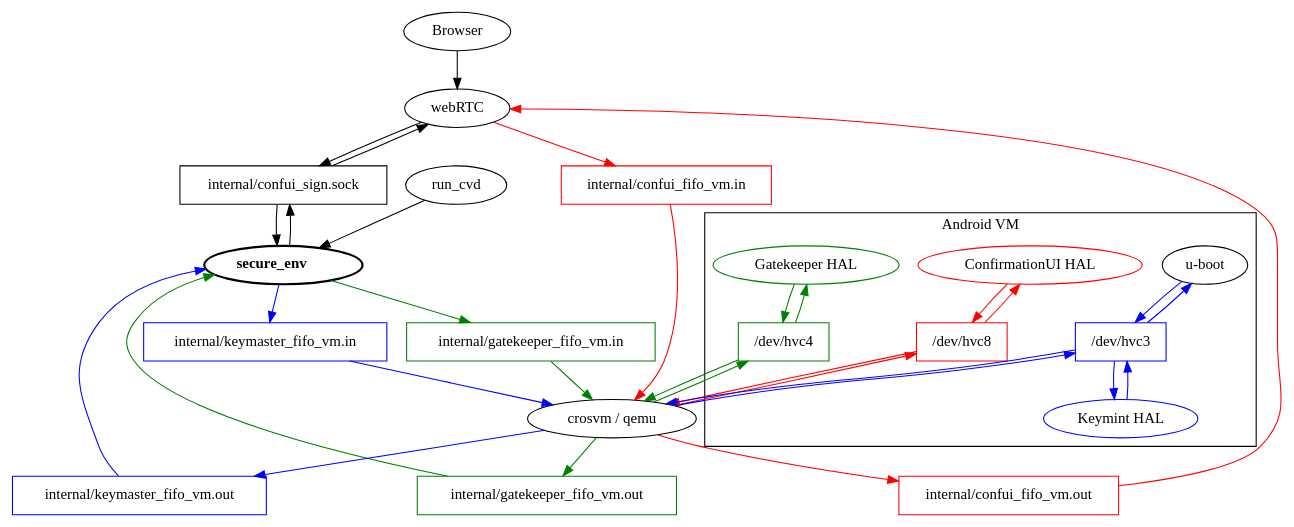
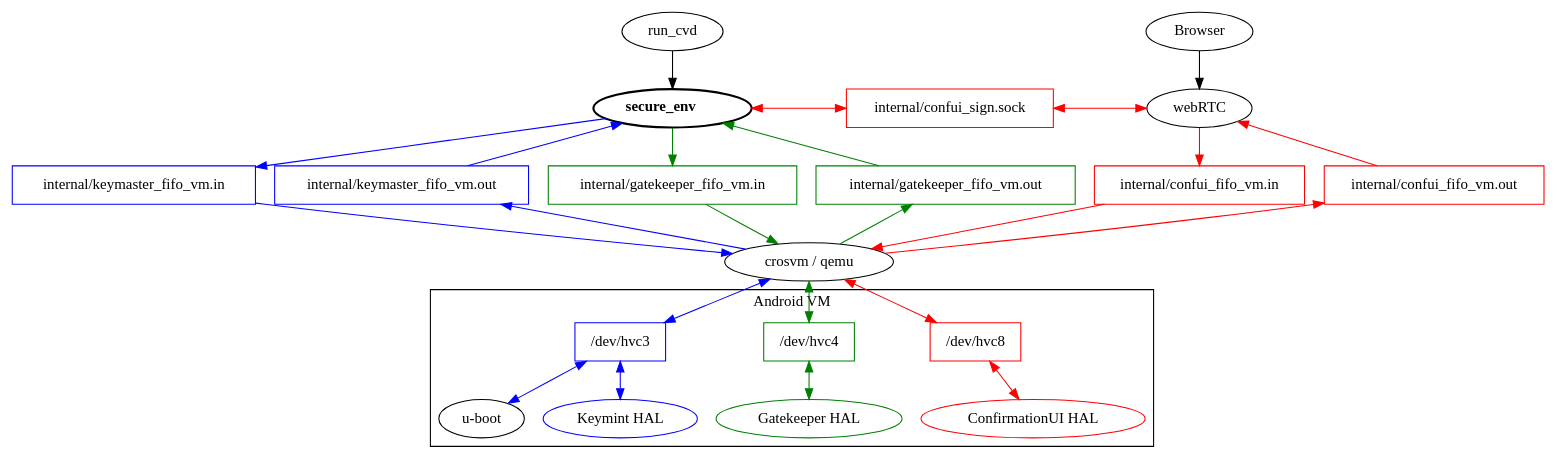
The diagram in host/commands/secure_env/doc/linkage.dot (google/android-cuttlefish), drawn with Graphviz before and after one commit. The commit also changed other lines of this file and 2 other files, not shown here.

Commit message:
Rearrange secure_env architecture diagram layout
Bug: 254338333
Test: dot -Tpng linkage.dot -o linkage.png
Test: dot -Tsvg linkage.svg -o linkage.svg

```diff
--- a/host/commands/secure_env/doc/linkage.dot
+++ b/host/commands/secure_env/doc/linkage.dot
@@ -1,69 +1,52 @@
 digraph {
   browser [label = "Browser"]
-  confirmationui_sign [label = "internal/confui_sign.sock", shape = "rectangle"]
-  host_confirmationui_in [color = "red", label = "internal/confui_fifo_vm.in", shape = "rectangle"]
-  host_confirmationui_out [color = "red", label = "internal/confui_fifo_vm.out", shape = "rectangle"]
-  host_gatekeeper_in [color = "green", label = "internal/gatekeeper_fifo_vm.in", shape = "rectangle"]
-  host_gatekeeper_out [color = "green", label = "internal/gatekeeper_fifo_vm.out", shape = "rectangle"]
-  host_keymint_in [color = "blue", label = "internal/keymaster_fifo_vm.in", shape = "rectangle"]
-  host_keymint_out [color = "blue", label = "internal/keymaster_fifo_vm.out", shape = "rectangle"]
+  confirmationui_sign [color = "red", label = "internal/confui_sign.sock", shape = "rectangle"]
   run_cvd
   secure_env [label = < <B>secure_env</B> >, penwidth=2]
   vmm [label = "crosvm / qemu"]
   webRTC
+
+  subgraph fifos {
+    rank = same;
+
+    host_keymint_in [color = "blue", label = "internal/keymaster_fifo_vm.in", shape = "rectangle"]
+    host_keymint_out [color = "blue", label = "internal/keymaster_fifo_vm.out", shape = "rectangle"]
+    host_gatekeeper_in [color = "green", label = "internal/gatekeeper_fifo_vm.in", shape = "rectangle"]
+    host_gatekeeper_out [color = "green", label = "internal/gatekeeper_fifo_vm.out", shape = "rectangle"]
+    host_confirmationui_in [color = "red", label = "internal/confui_fifo_vm.in", shape = "rectangle"]
+    host_confirmationui_out [color = "red", label = "internal/confui_fifo_vm.out", shape = "rectangle"]
+  }
+
   subgraph cluster_android {
     label = "Android VM"
     u_boot [label = "u-boot"]
     confirmationui [color = "red", label = "ConfirmationUI HAL"]
-    confirmationui_console [color = "red", label = "/dev/hvc8", shape = "rectangle"]
     gatekeeper [color = "green", label = "Gatekeeper HAL"]
-    gatekeeper_console [color = "green", label = "/dev/hvc4", shape = "rectangle"]
     keymint [color = "blue", label = "Keymint HAL"]
-    keymint_console [color = "blue", label = "/dev/hvc3", shape = "rectangle"]
+
+    subgraph consoles {
+      	rank = same;
+        confirmationui_console [color = "red", label = "/dev/hvc8", shape = "rectangle"]
+        gatekeeper_console [color = "green", label = "/dev/hvc4", shape = "rectangle"]
+        keymint_console [color = "blue", label = "/dev/hvc3", shape = "rectangle"]
+    }
   }
 
   browser -> webRTC
   run_cvd -> secure_env
-  host_confirmationui_out -> webRTC [color = "red"]
-  webRTC -> host_confirmationui_in [color = "red"]
-  host_gatekeeper_out -> secure_env [color = "green"]
-  secure_env -> host_gatekeeper_in [color = "green"]
-  host_keymint_out -> secure_env [color = "blue"]
-  secure_env -> host_keymint_in [color = "blue"]
 
-  vmm -> host_confirmationui_out [color = "red"]
-  host_confirmationui_in -> vmm [color = "red"]
+  webRTC -> host_confirmationui_out -> vmm [dir = "back", color = "red"]
+  webRTC -> host_confirmationui_in -> vmm [color = "red"]
+  vmm -> confirmationui_console -> confirmationui [dir = "both", color = "red"]
+  { rank = same; secure_env -> confirmationui_sign -> webRTC [color = "red", dir = "both"] }
 
-  vmm -> host_gatekeeper_out [color = "green"]
-  host_gatekeeper_in -> vmm [color = "green"]
+  secure_env -> host_gatekeeper_out -> vmm [color = "green", dir = "back"]
+  secure_env -> host_gatekeeper_in -> vmm [color = "green"]
+  vmm -> gatekeeper_console -> gatekeeper [color = "green", dir = "both"]
 
-  vmm -> host_keymint_out [color = "blue"]
-  host_keymint_in -> vmm [color = "blue"]
+  secure_env -> host_keymint_out -> vmm [color = "blue", dir = "back"]
+  secure_env -> host_keymint_in -> vmm [color = "blue"]
+  vmm -> keymint_console -> keymint [color = "blue", dir = "both"]
+  keymint_console -> u_boot [color = "blue", dir = "both"]
 
-  vmm -> confirmationui_console [color = "red"]
-  confirmationui_console -> vmm [color = "red"]
-
-  vmm -> gatekeeper_console [color = "green"]
-  gatekeeper_console -> vmm [color = "green"]
-
-  vmm -> keymint_console [color = "blue"]
-  keymint_console -> vmm [color = "blue"]
-
-  confirmationui_console -> confirmationui [color = "red"]
-  confirmationui -> confirmationui_console [color = "red"]
-
-  gatekeeper_console -> gatekeeper [color = "green"]
-  gatekeeper -> gatekeeper_console [color = "green"]
-
-  keymint -> keymint_console [color = "blue"]
-  keymint_console -> keymint [color = "blue"]
-
-  u_boot -> keymint_console [color = "blue"]
-  keymint_console -> u_boot [color = "blue"]
-
-  webRTC -> confirmationui_sign
-  confirmationui_sign -> webRTC
-
-  secure_env -> confirmationui_sign
-  confirmationui_sign -> secure_env
 }
```
